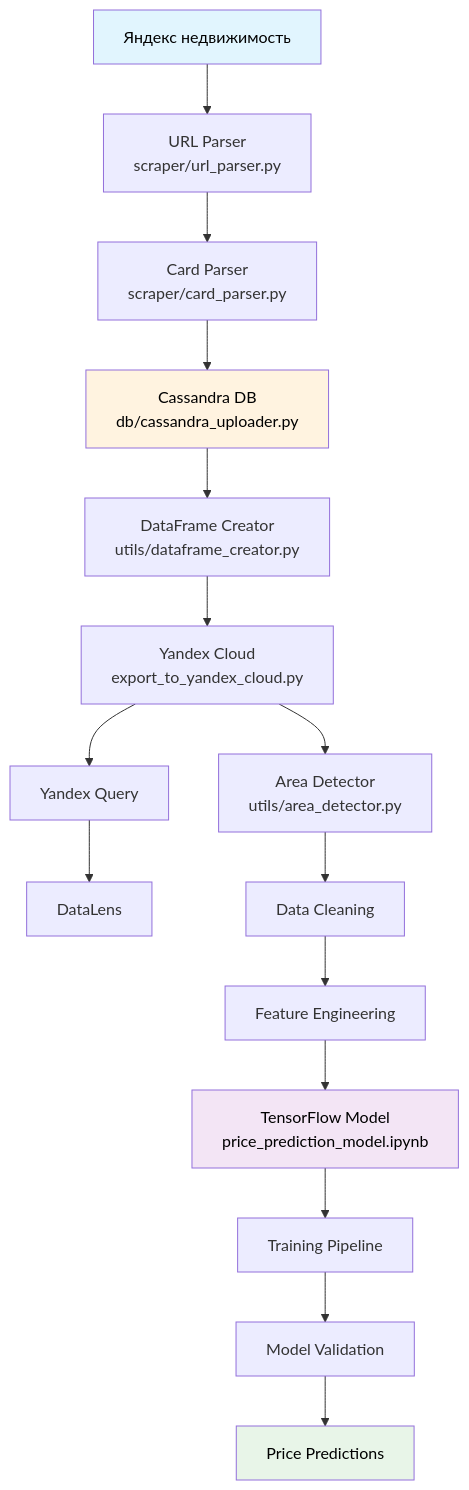
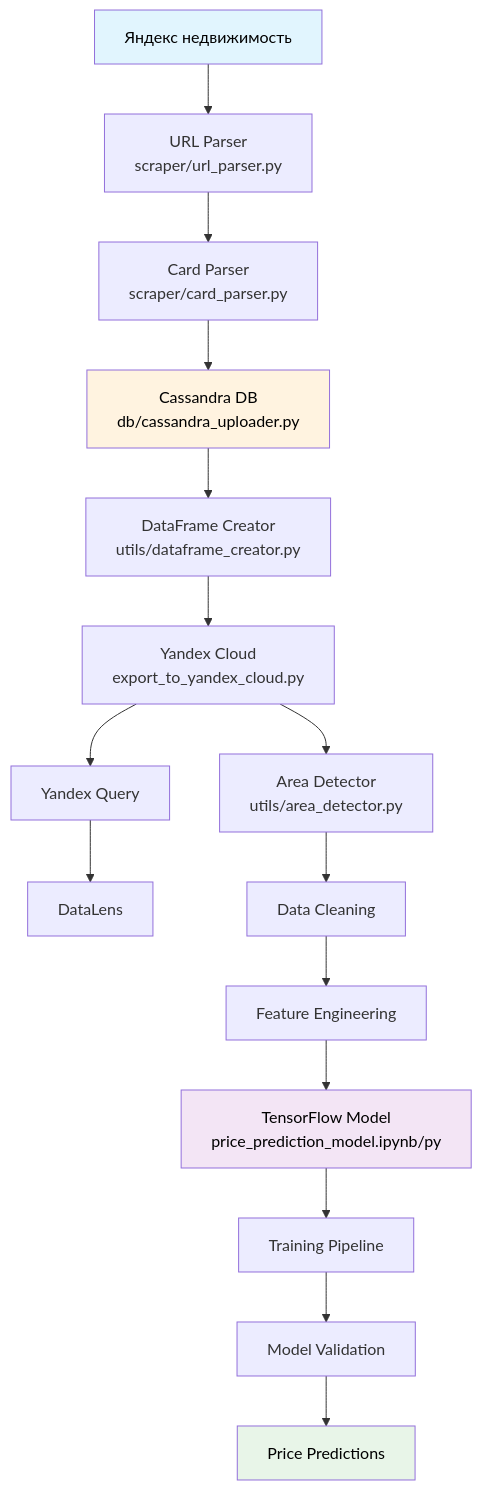
Before and after one commit to Soln1shko/apartments_price_prediction: the diagram in README.md, drawn with Mermaid.

````diff
--- a/README.md
+++ b/README.md
@@ -4,26 +4,26 @@
 ```mermaid
 graph TD
     A["Яндекс недвижимость"] --> B["URL Parser<br/>scraper/url_parser.py"]
     B --> C["Card Parser<br/>scraper/card_parser.py"]
     
     C --> E["Cassandra DB<br/>db/cassandra_uploader.py"]
     E --> F["DataFrame Creator<br/>utils/dataframe_creator.py"]
     F --> G["Yandex Cloud<br/>export_to_yandex_cloud.py"]
     G --> R["Yandex Query"]
     R --> S["DataLens"]
     
     G --> H["Area Detector<br/>utils/area_detector.py"]
     H --> I["Data Cleaning"]
     I --> J["Feature Engineering"]
     
-    J --> K["TensorFlow Model<br/>price_prediction_model.ipynb"]
+    J --> K["TensorFlow Model<br/>price_prediction_model.ipynb/py"]
     K --> L["Training Pipeline"]
     L --> M["Model Validation"]
     M --> N["Price Predictions"]
 
     
     style A fill:#e1f5fe, color:#000000
     style K fill:#f3e5f5, color:#000000
     style N fill:#e8f5e8, color:#000000
     style E fill:#fff3e0, color:#000000
 ```
````
